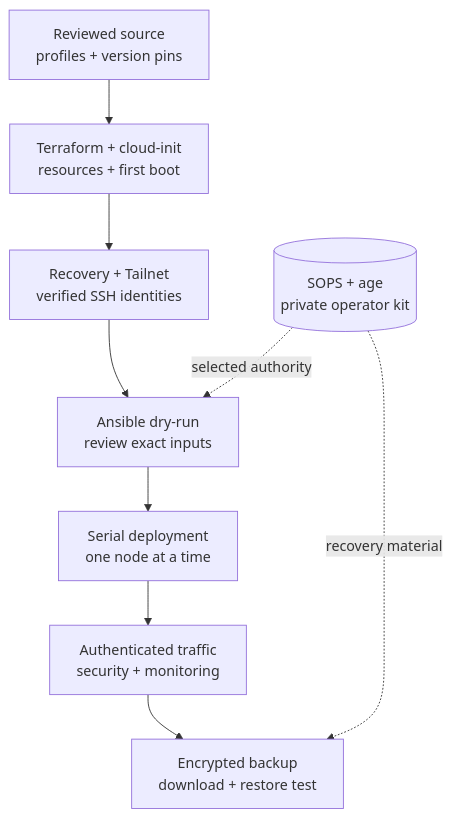
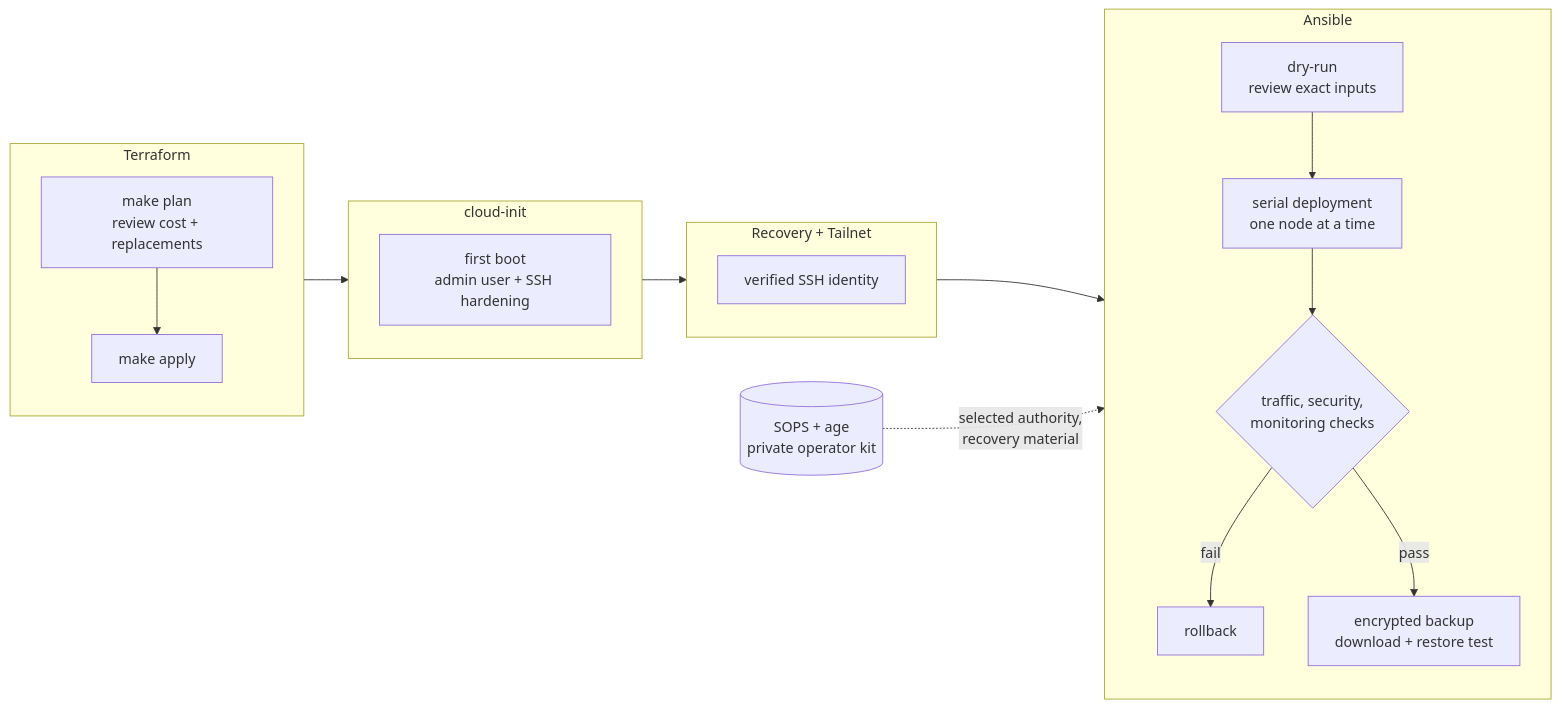
Before and after one commit to po4yka/ripdpi-vpn-deploy: the second of 2 diagrams in README.md, drawn with Mermaid. The commit also changed other lines of this file, not shown here.

First line of the commit message:
docs(readme): show wire shapes, layers and rollback in diagrams

````diff
--- a/README.md
+++ b/README.md
@@ -74,14 +73,24 @@
 ```mermaid
-flowchart TB
-    Source["Reviewed source<br/>profiles + version pins"]
-    Provision["Terraform + cloud-init<br/>resources + first boot"]
-    Admit["Recovery + Tailnet<br/>verified SSH identities"]
-    Preview["Ansible dry-run<br/>review exact inputs"]
-    Deploy["Serial deployment<br/>one node at a time"]
-    Check["Authenticated traffic<br/>security + monitoring"]
-    Backup["Encrypted backup<br/>download + restore test"]
+flowchart LR
+    subgraph TF["Terraform"]
+        direction TB
+        Plan["make plan<br/>review cost + replacements"] --> Apply["make apply"]
+    end
+    subgraph CI["cloud-init"]
+        direction TB
+        Boot["first boot<br/>admin user + SSH hardening"]
+    end
+    subgraph Admit["Recovery + Tailnet"]
+        direction TB
+        Enroll["verified SSH identity"]
+    end
+    subgraph AN["Ansible"]
+        direction TB
+        Dry["dry-run<br/>review exact inputs"] --> Deploy["serial deployment<br/>one node at a time"] --> Check{"traffic, security,<br/>monitoring checks"}
+        Check -- fail --> Rollback["rollback"]
+        Check -- pass --> Backup["encrypted backup<br/>download + restore test"]
+    end
     Secrets[("SOPS + age<br/>private operator kit")]
-    Source --> Provision --> Admit --> Preview --> Deploy --> Check --> Backup
-    Secrets -. "selected authority" .-> Preview
-    Secrets -. "recovery material" .-> Backup
+    TF --> CI --> Admit --> AN
+    Secrets -.->|"selected authority,<br/>recovery material"| AN
 ```
````
